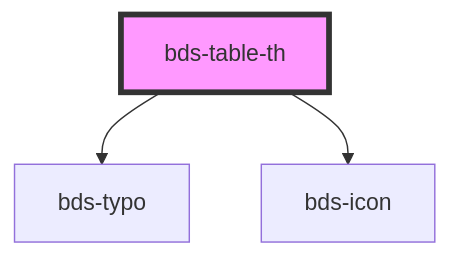
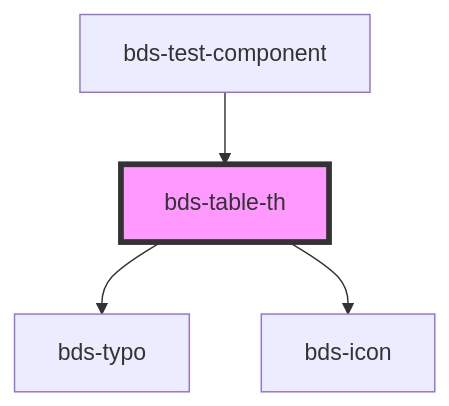
Before and after one commit to takenet/blip-ds: the diagram in src/components/table/table-header-cell/readme.md, drawn with Mermaid. The commit also changed other lines of this file and 17 other files, not shown here.

````diff
--- a/src/components/table/table-header-cell/readme.md
+++ b/src/components/table/table-header-cell/readme.md
@@ -24,6 +28,7 @@
 ```mermaid
 graph TD;
   bds-table-th --> bds-typo
   bds-table-th --> bds-icon
+  bds-test-component --> bds-table-th
   style bds-table-th fill:#f9f,stroke:#333,stroke-width:4px
 ```
````
